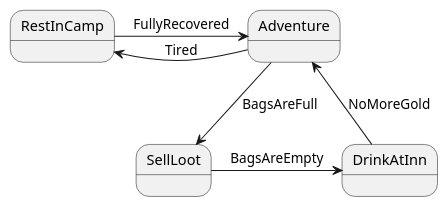
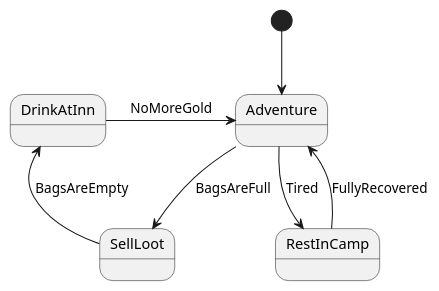
The diagram in uml/AdventurerStates.puml (SephiraAndy/Fantasy-Stories), drawn with PlantUML before and after one commit. The commit also changed 29 other files, not shown here.

```diff
--- a/uml/AdventurerStates.puml
+++ b/uml/AdventurerStates.puml
@@ -1,16 +1,11 @@
 @startuml
 'https://plantuml.com/state-diagram
 
-
-state Adventure
-state SellLoot
-state RestInCamp
-state DrinkAtInn
-
-RestInCamp -> Adventure : FullyRecovered
+[*] --> Adventure
+RestInCamp --> Adventure : FullyRecovered
 Adventure --> SellLoot : BagsAreFull
-Adventure -> RestInCamp : Tired
-SellLoot -> DrinkAtInn : BagsAreEmpty
+Adventure --> RestInCamp : Tired
+SellLoot --> DrinkAtInn : BagsAreEmpty
 DrinkAtInn -> Adventure : NoMoreGold
 
 @enduml
```
